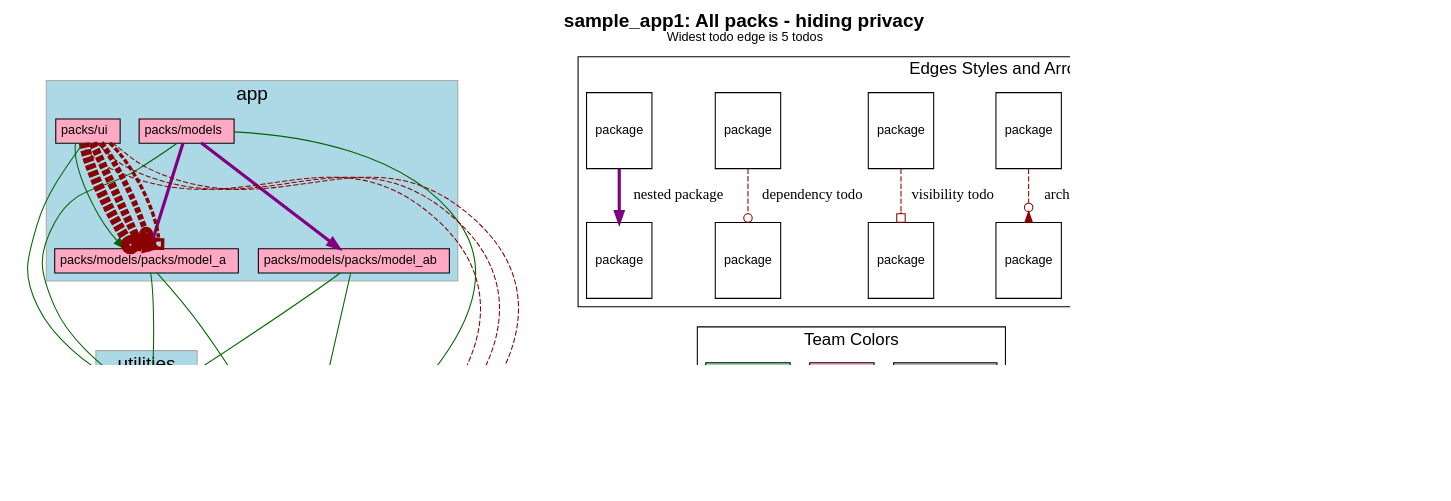
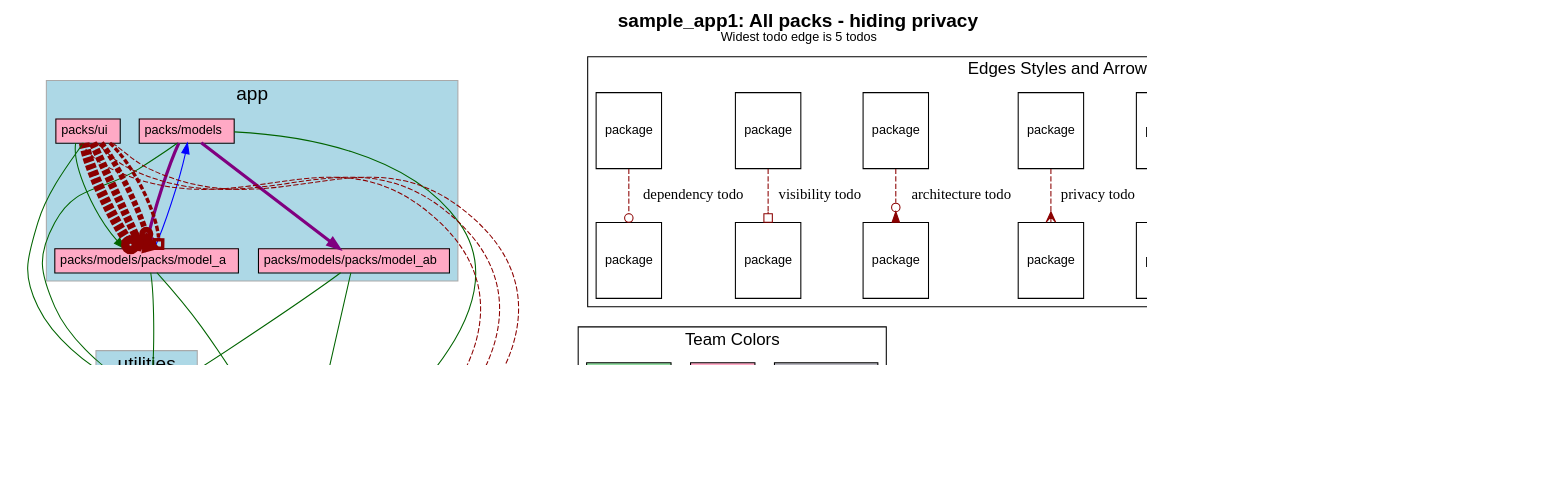
The diagram in spec/sample_app1/test_output/no_privacy.dot (rubyatscale/visualize_packs), drawn with Graphviz before and after one commit. The commit also changed 19 other files, not shown here.

```diff
--- a/spec/sample_app1/test_output/no_privacy.dot
+++ b/spec/sample_app1/test_output/no_privacy.dot
@@ -169,11 +169,17 @@
               penwidth=3.25            ]
           "packs/models" -> "packs/models/packs/model_a" [ color=purple penwidth=3 ]
           "packs/models" -> "packs/models/packs/model_ab" [ color=purple penwidth=3 ]
+        "packs/models/packs/model_a" -> "packs/models" [ color=blue constraint=false ]
     subgraph cluster_legend {
       fontsize=16
       label="Edges Styles and Arrow Heads"
       A [ fontsize=12 shape=box label="package"]
       B [ fontsize=12 shape=box label="package"]
+      K [ fontsize=12 shape=box label="package"]
+      L [ fontsize=12 shape=box label="package"]
+      M [ fontsize=12 shape=box label="package"]
+      N [ fontsize=12 shape=box label="package"]
+
       C [ fontsize=12 shape=box label="package"]
       D [ fontsize=12 shape=box label="package"]
       E [ fontsize=12 shape=box label="package"]
@@ -182,14 +188,15 @@
       H [ fontsize=12 shape=box label="package"]
       I [ fontsize=12 shape=box label="package"]
       J [ fontsize=12 shape=box label="package"]
-      K [ fontsize=12 shape=box label="package"]
-      L [ fontsize=12 shape=box label="package"]
+
       A -> B [label="accepted dependency" color=darkgreen]
+      K -> L [label="nested package" color=purple penwidth=3]
+      M -> N [label="visibile to" color=darkgreen]
+
       C -> D [label="privacy todo" color=darkred style=dashed arrowhead=crow]
       E -> F [label="architecture todo" color=darkred style=dashed arrowhead=invodot]
       G -> H [label="visibility todo" color=darkred style=dashed arrowhead=obox]
       I -> J [label="dependency todo" color=darkred style=dashed arrowhead=odot]
-      K -> L [label="nested package" color=purple penwidth=3]
     }
   subgraph cluster_teams_legend {
     fontsize=16
```
